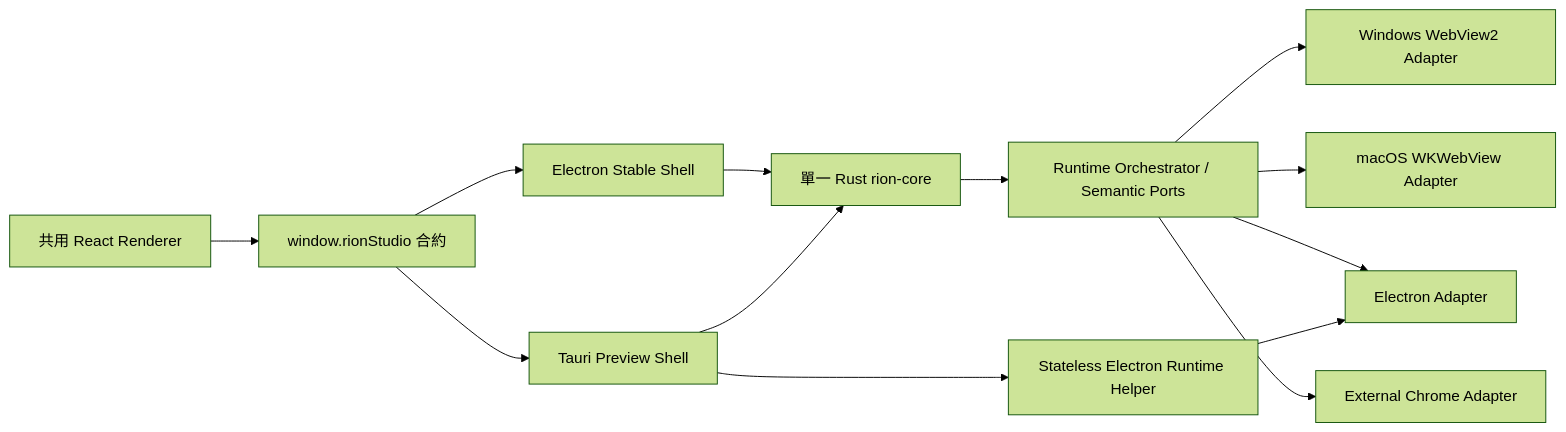
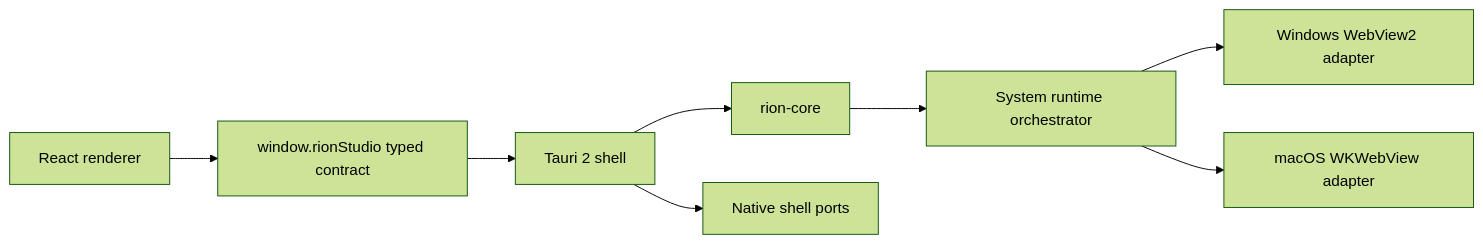
The diagram in docs/system-native-engine-tauri-plan.md (rion-tw/rion-studio-source), drawn with Mermaid (forest theme) before and after one commit. The commit also changed other lines of this file and 305 other files, not shown here.

````diff
--- a/docs/system-native-engine-tauri-plan.md
+++ b/docs/system-native-engine-tauri-plan.md
@@ -86,18 +34,10 @@
 ```mermaid
 flowchart LR
-    UI["共用 React Renderer"] --> Bridge["window.rionStudio 合約"]
-    Bridge --> ES["Electron Stable Shell"]
-    Bridge --> TS["Tauri Preview Shell"]
-
-    ES --> Core["單一 Rust rion-core"]
-    TS --> Core
-
-    Core --> Runtime["Runtime Orchestrator / Semantic Ports"]
-    Runtime --> W2["Windows WebView2 Adapter"]
-    Runtime --> WK["macOS WKWebView Adapter"]
-    Runtime --> EC["Electron Adapter"]
-    Runtime --> Chrome["External Chrome Adapter"]
-
-    TS --> Helper["Stateless Electron Runtime Helper"]
-    Helper --> EC
+    UI["React renderer"] --> Bridge["window.rionStudio typed contract"]
+    Bridge --> Tauri["Tauri 2 shell"]
+    Tauri --> Core["rion-core"]
+    Core --> Runtime["System runtime orchestrator"]
+    Runtime --> W2["Windows WebView2 adapter"]
+    Runtime --> WK["macOS WKWebView adapter"]
+    Tauri --> Shell["Native shell ports"]
 ```
````
